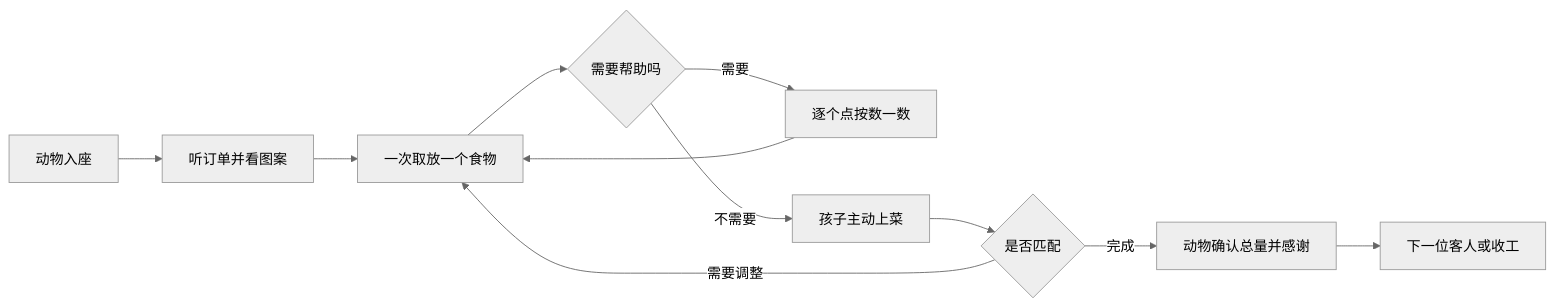
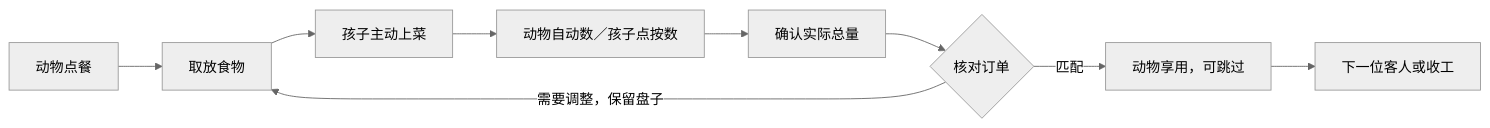
The diagram in docs/PRODUCT_DESIGN.md (0linatan0/animal-restaurant), drawn with Mermaid (neutral theme) before and after one commit. The commit also changed other lines of this file and 34 other files, not shown here.

````diff
--- a/docs/PRODUCT_DESIGN.md
+++ b/docs/PRODUCT_DESIGN.md
@@ -17,13 +17,11 @@
 ```mermaid
 flowchart LR
-    A[动物入座] --> B[听订单并看图案]
-    B --> C[一次取放一个食物]
-    C --> D{需要帮助吗}
-    D -->|需要| E[逐个点按数一数]
-    E --> C
-    D -->|不需要| F[孩子主动上菜]
-    F --> G{是否匹配}
-    G -->|需要调整| C
-    G -->|完成| H[动物确认总量并感谢]
-    H --> I[下一位客人或收工]
+    A[动物点餐] --> B[取放食物]
+    B --> C[孩子主动上菜]
+    C --> D[动物自动数／孩子点按数]
+    D --> E[确认实际总量]
+    E --> F{核对订单}
+    F -->|需要调整，保留盘子| B
+    F -->|匹配| G[动物享用，可跳过]
+    G --> H[下一位客人或收工]
 ```
````
